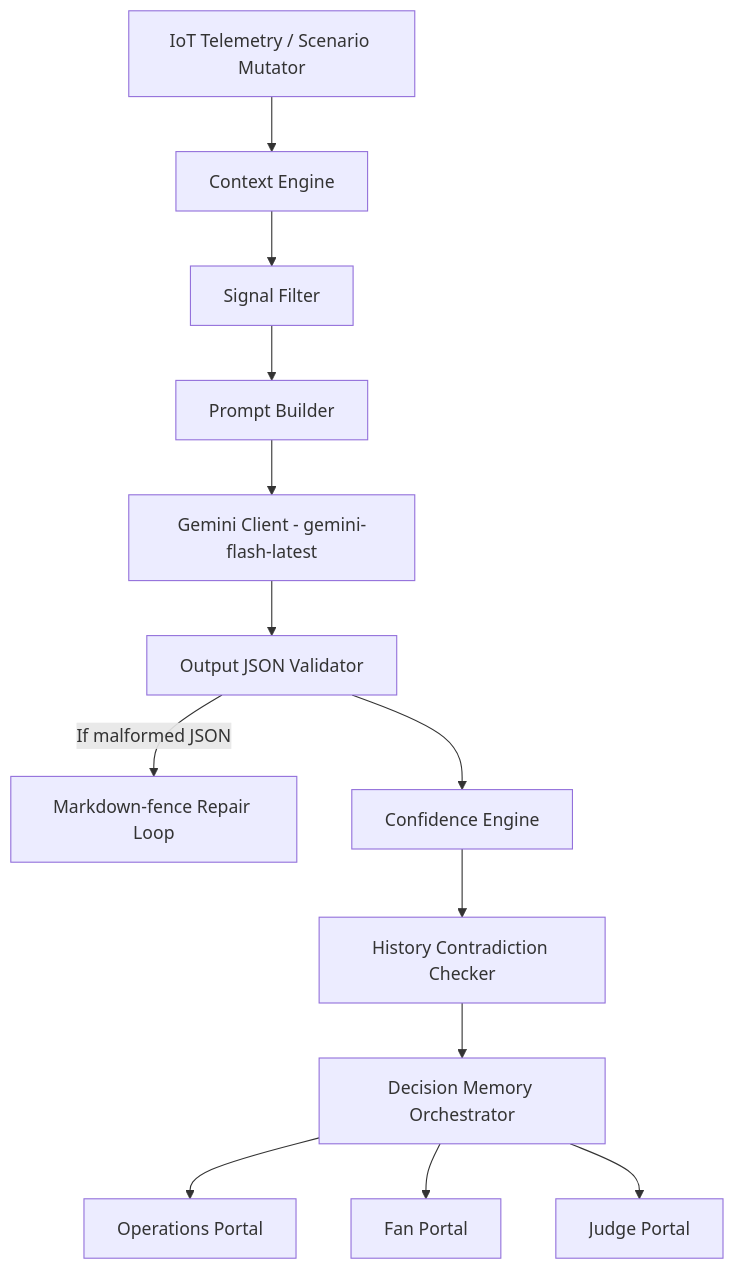
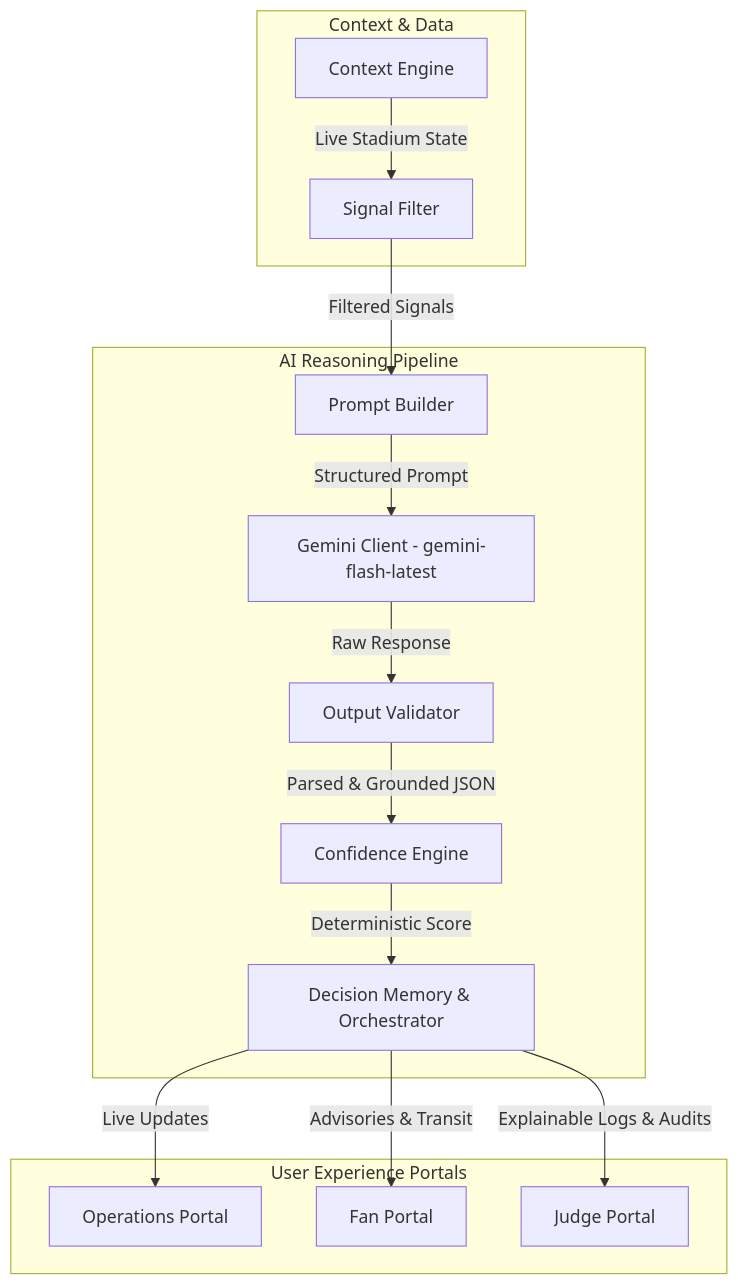
One commit to lolaamh06/arenamind changed the diagram in README.md. Above: the diagram before and after it, drawn with Mermaid. The commit also changed other lines of this file, not shown here.

````diff
--- a/README.md
+++ b/README.md
@@ -50,15 +70,20 @@
 ```mermaid
 graph TD
-    A[IoT Telemetry / Scenario Mutator] --> B[Context Engine]
-    B --> C[Signal Filter]
-    C --> D[Prompt Builder]
-    D --> E[Gemini Client - gemini-flash-latest]
-    E --> F[Output JSON Validator]
-    F -->|If malformed JSON| G[Markdown-fence Repair Loop]
-    F --> H[Confidence Engine]
-    H --> I[History Contradiction Checker]
-    I --> J[Decision Memory Orchestrator]
-    J --> K[Operations Portal]
-    J --> L[Fan Portal]
-    J --> M[Judge Portal]
+    subgraph Context & Data
+        CE[Context Engine] -->|Live Stadium State| SF[Signal Filter]
+    end
+
+    subgraph AI Reasoning Pipeline
+        SF -->|Filtered Signals| PB[Prompt Builder]
+        PB -->|Structured Prompt| GC[Gemini Client - gemini-flash-latest]
+        GC -->|Raw Response| OV[Output Validator]
+        OV -->|Parsed & Grounded JSON| CFE[Confidence Engine]
+        CFE -->|Deterministic Score| DM[Decision Memory & Orchestrator]
+    end
+
+    subgraph User Experience Portals
+        DM -->|Live Updates| OP[Operations Portal]
+        DM -->|Advisories & Transit| FP[Fan Portal]
+        DM -->|Explainable Logs & Audits| JP[Judge Portal]
+    end
 ```
````
